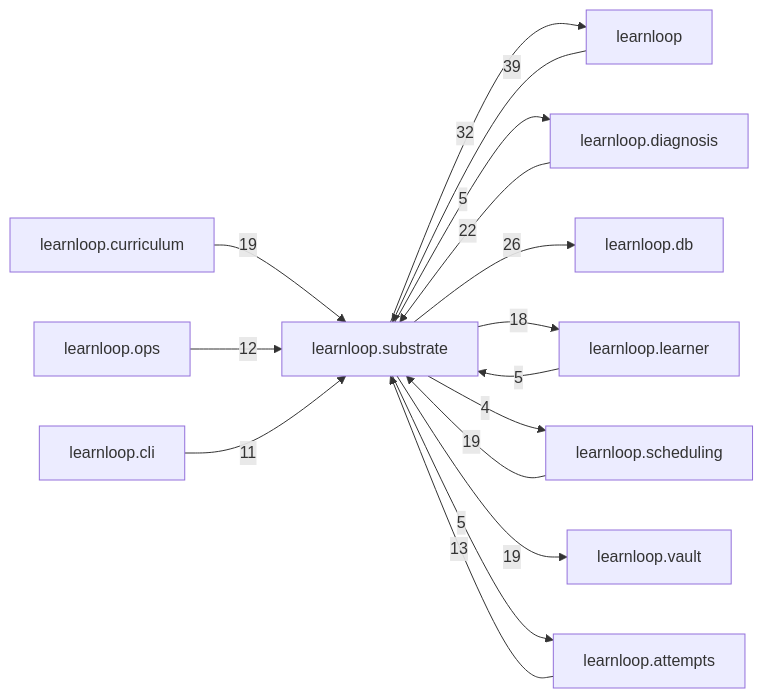
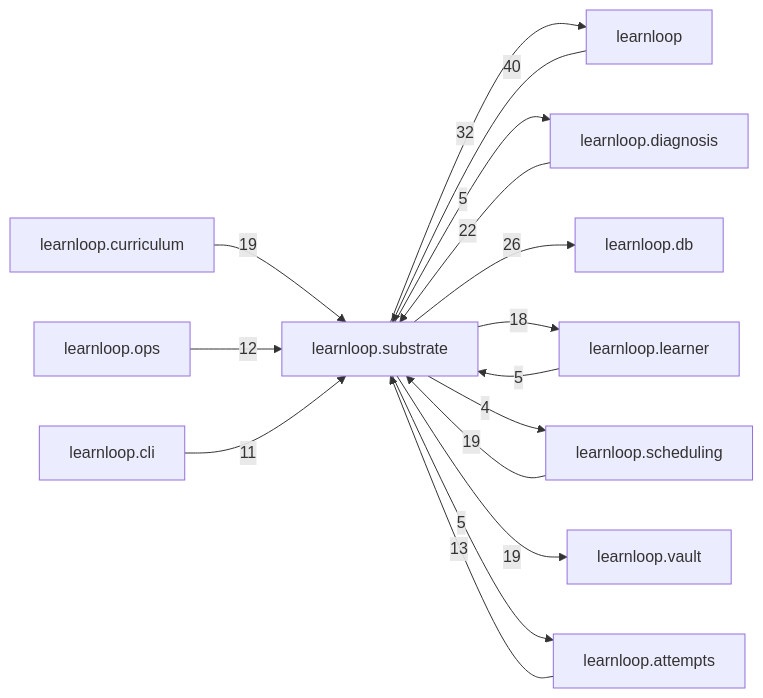
One commit to 6up-b/learnanything changed the diagram in docs/learnloop-architecture-vault/Reference/Modules/learnloop/substrate/_package.md. Above: the diagram before and after it, drawn with Mermaid. The commit also changed other lines of this file and 535 other files, not shown here.

Commit message:
TE3a landing, references: the architecture reference regenerated on the merged tree (DB and configuration reference, head 249, 1181 effective leaves with the two prose counts; desktop and module catalogs; vault validated)

````diff
--- a/docs/learnloop-architecture-vault/Reference/Modules/learnloop/substrate/_package.md
+++ b/docs/learnloop-architecture-vault/Reference/Modules/learnloop/substrate/_package.md
@@ -166,29 +166,29 @@
 ```mermaid
 flowchart LR
     center["learnloop.substrate"]
     n_learnloop["learnloop"]
     n_learnloop_diagnosis["learnloop.diagnosis"]
     n_learnloop_db["learnloop.db"]
     n_learnloop_learner["learnloop.learner"]
     n_learnloop_scheduling["learnloop.scheduling"]
     n_learnloop_curriculum["learnloop.curriculum"]
     n_learnloop_vault["learnloop.vault"]
     n_learnloop_attempts["learnloop.attempts"]
     n_learnloop_ops["learnloop.ops"]
     n_learnloop_cli["learnloop.cli"]
-    n_learnloop -->|39| center
+    n_learnloop -->|40| center
     center -->|32| n_learnloop
     n_learnloop_diagnosis -->|22| center
     center -->|5| n_learnloop_diagnosis
     center -->|26| n_learnloop_db
     n_learnloop_learner -->|5| center
     center -->|18| n_learnloop_learner
     n_learnloop_scheduling -->|19| center
     center -->|4| n_learnloop_scheduling
     n_learnloop_curriculum -->|19| center
     center -->|19| n_learnloop_vault
     n_learnloop_attempts -->|13| center
     center -->|5| n_learnloop_attempts
     n_learnloop_ops -->|12| center
     n_learnloop_cli -->|11| center
 ```
````
